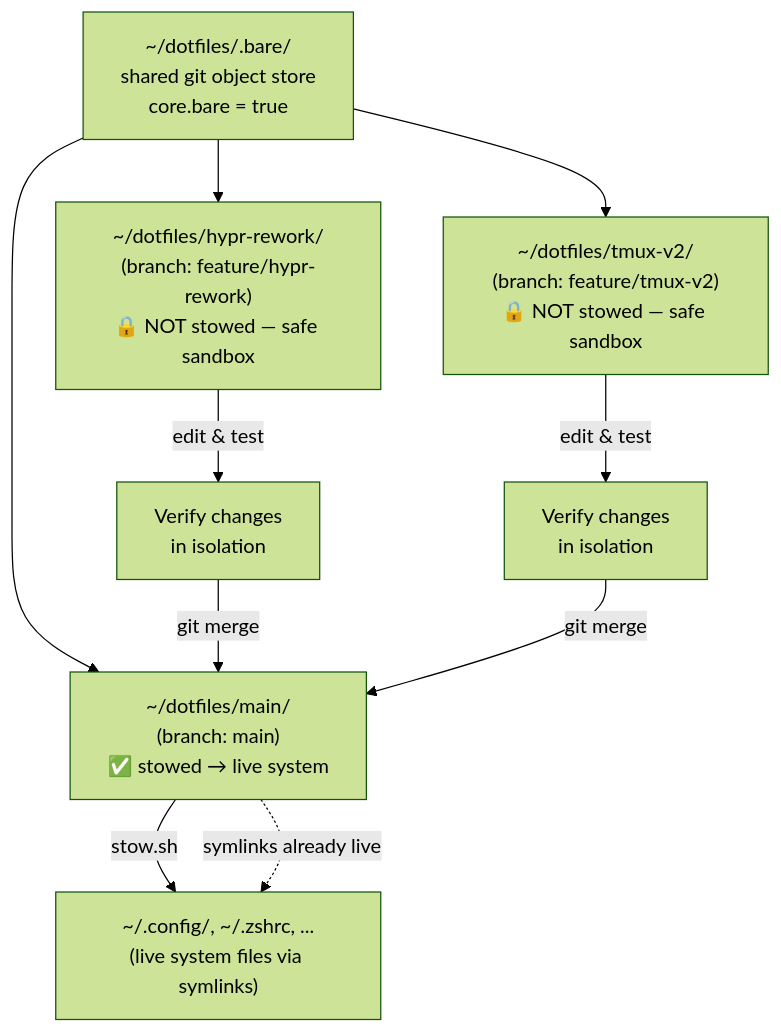
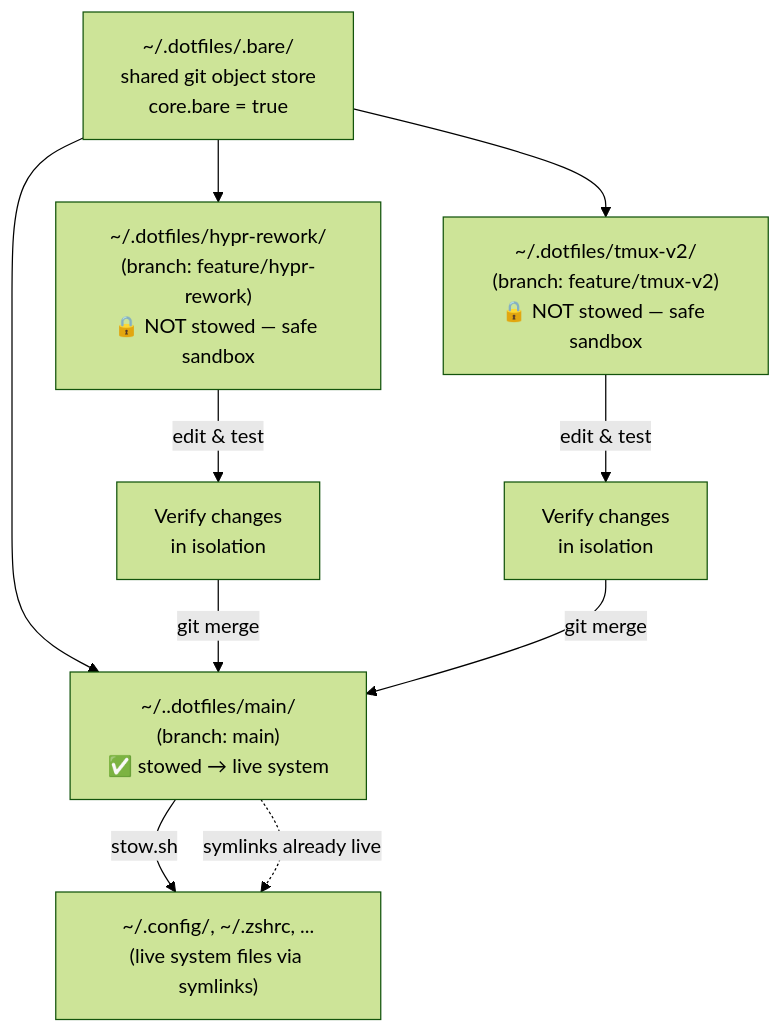
Before and after one commit to fcmiranda/.dotfiles: the second of 4 diagrams in git-worktree-guide.md, drawn with Mermaid (forest theme). The commit also changed other lines of this file and 4 other files, not shown here.

````diff
--- a/git-worktree-guide.md
+++ b/git-worktree-guide.md
@@ -113,16 +113,16 @@
 ```mermaid
 flowchart TD
-    BARE["~/dotfiles/.bare/\nshared git object store\ncore.bare = true"]
+    BARE["~/.dotfiles/.bare/\nshared git object store\ncore.bare = true"]
 
-    BARE --> WT1["~/dotfiles/main/\n(branch: main)\n✅ stowed → live system"]
-    BARE --> WT2["~/dotfiles/hypr-rework/\n(branch: feature/hypr-rework)\n🔒 NOT stowed — safe sandbox"]
-    BARE --> WT3["~/dotfiles/tmux-v2/\n(branch: feature/tmux-v2)\n🔒 NOT stowed — safe sandbox"]
+    BARE --> WT1["~/..dotfiles/main/\n(branch: main)\n✅ stowed → live system"]
+    BARE --> WT2["~/.dotfiles/hypr-rework/\n(branch: feature/hypr-rework)\n🔒 NOT stowed — safe sandbox"]
+    BARE --> WT3["~/.dotfiles/tmux-v2/\n(branch: feature/tmux-v2)\n🔒 NOT stowed — safe sandbox"]
 
     WT1 -->|stow.sh| SYS["~/.config/, ~/.zshrc, ...\n(live system files via symlinks)"]
     WT2 -->|edit & test| TEST1["Verify changes\nin isolation"]
     WT3 -->|edit & test| TEST2["Verify changes\nin isolation"]
 
     TEST1 -->|git merge| WT1
     TEST2 -->|git merge| WT1
     WT1 -.->|symlinks already live| SYS
 ```
````
